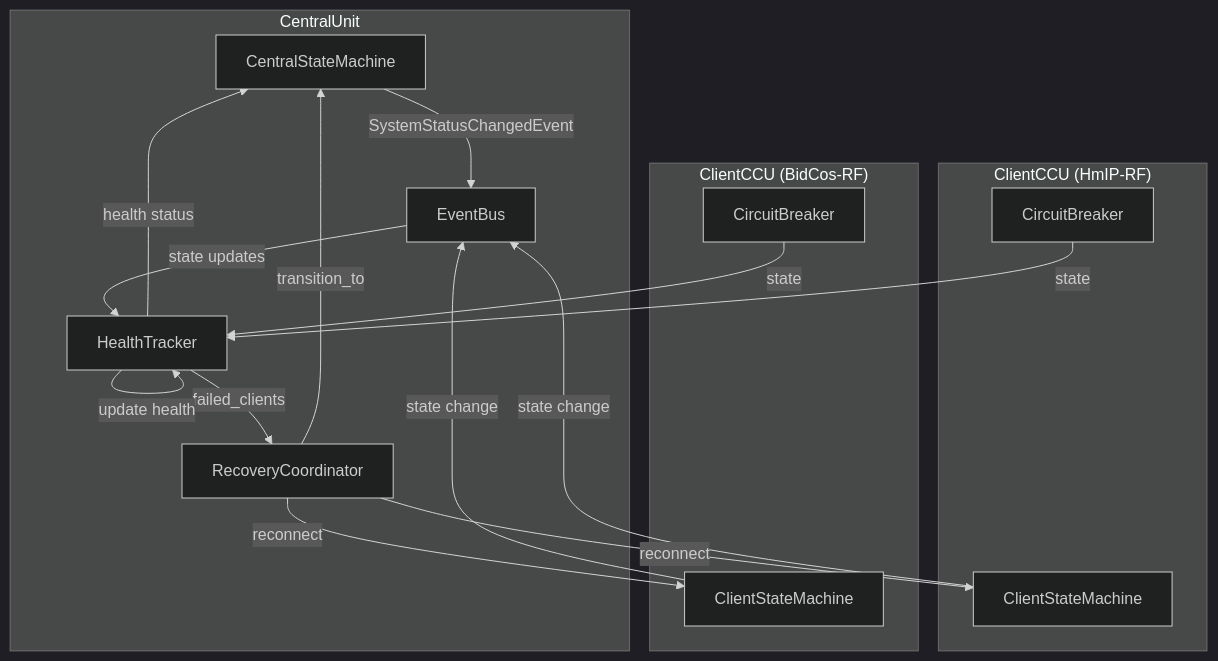
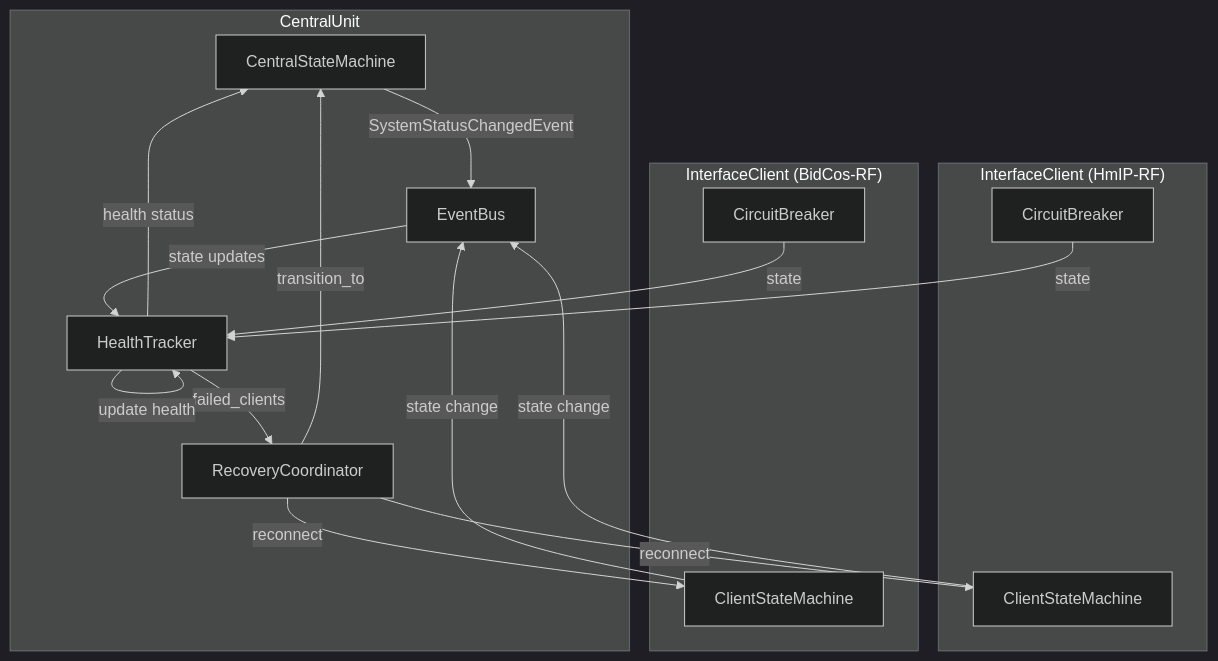
Diagram 17 of 17 in docs/architecture/sequence_diagrams.md (SukramJ/aiohomematic), drawn with Mermaid (dark theme) before and after one commit. The commit also changed other lines of this file and 13 other files, not shown here.

````diff
--- a/docs/architecture/sequence_diagrams.md
+++ b/docs/architecture/sequence_diagrams.md
@@ -1307,35 +1314,35 @@
 ```mermaid
 flowchart TB
     subgraph Central["CentralUnit"]
         CSM[CentralStateMachine]
         HT[HealthTracker]
         RC[RecoveryCoordinator]
         EB[EventBus]
     end
 
-    subgraph Client1["ClientCCU (HmIP-RF)"]
+    subgraph Client1["InterfaceClient (HmIP-RF)"]
         SM1[ClientStateMachine]
         CB1[CircuitBreaker]
     end
 
-    subgraph Client2["ClientCCU (BidCos-RF)"]
+    subgraph Client2["InterfaceClient (BidCos-RF)"]
         SM2[ClientStateMachine]
         CB2[CircuitBreaker]
     end
 
     SM1 -->|state change| EB
     SM2 -->|state change| EB
     CB1 -->|state| HT
     CB2 -->|state| HT
 
     HT -->|health status| CSM
     HT -->|failed_clients| RC
     RC -->|transition_to| CSM
     CSM -->|SystemStatusChangedEvent| EB
 
     EB -->|state updates| HT
     HT -->|update health| HT
 
     RC -->|reconnect| SM1
     RC -->|reconnect| SM2
 ```
````
